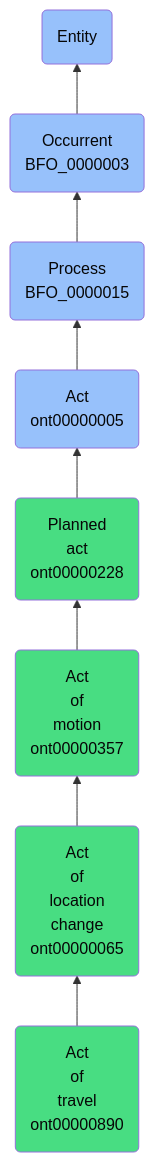
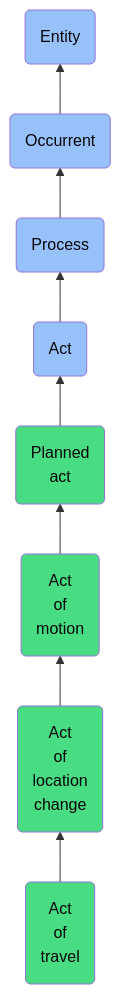
Before and after one commit to jupyter-naas/abi: the diagram in docs/ontology/reference/model/Entity/Occurrent/Process/Act/Planned act/Act of motion/Act of location change/Act of travel/Act of travel.md, drawn with Mermaid. The commit also changed other lines of this file and 1430 other files, not shown here.

````diff
--- a/docs/ontology/reference/model/Entity/Occurrent/Process/Act/Planned act/Act of motion/Act of location change/Act of travel/Act of travel.md
+++ b/docs/ontology/reference/model/Entity/Occurrent/Process/Act/Planned act/Act of motion/Act of location change/Act of travel/Act of travel.md
@@ -24,15 +24,15 @@
 ```mermaid
 graph BT
-    ont00000890(Act<br>of<br>travel<br>ont00000890):::ABI-->ont00000065
-    ont00000065(Act<br>of<br>location<br>change<br>ont00000065):::ABI-->ont00000357
-    ont00000357(Act<br>of<br>motion<br>ont00000357):::ABI-->ont00000228
-    ont00000228(Planned<br>act<br>ont00000228):::ABI-->ont00000005
-    ont00000005(Act<br>ont00000005):::BFO-->BFO_0000015
-    BFO_0000015(Process<br>BFO_0000015):::BFO-->BFO_0000003
-    BFO_0000003(Occurrent<br>BFO_0000003):::BFO-->BFO_0000001
+    ont00000890(Act<br>of<br>travel):::ABI-->ont00000065
+    ont00000065(Act<br>of<br>location<br>change):::ABI-->ont00000357
+    ont00000357(Act<br>of<br>motion):::ABI-->ont00000228
+    ont00000228(Planned<br>act):::ABI-->ont00000005
+    ont00000005(Act):::BFO-->BFO_0000015
+    BFO_0000015(Process):::BFO-->BFO_0000003
+    BFO_0000003(Occurrent):::BFO-->BFO_0000001
     BFO_0000001(Entity):::BFO
     
     classDef BFO fill:#97c1fb,color:#060606
     classDef CCO fill:#e4c51e,color:#060606
     classDef ABI fill:#48DD82,color:#060606
 ```
````
